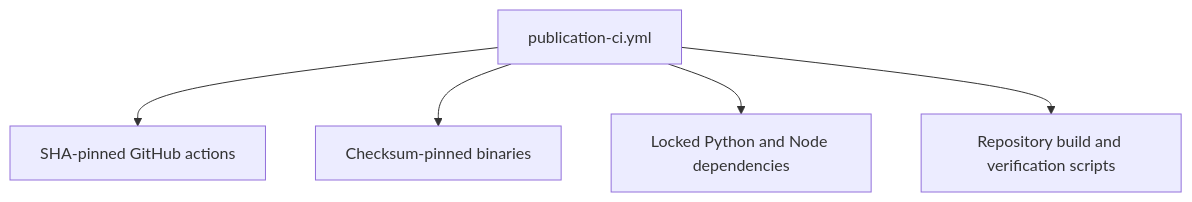
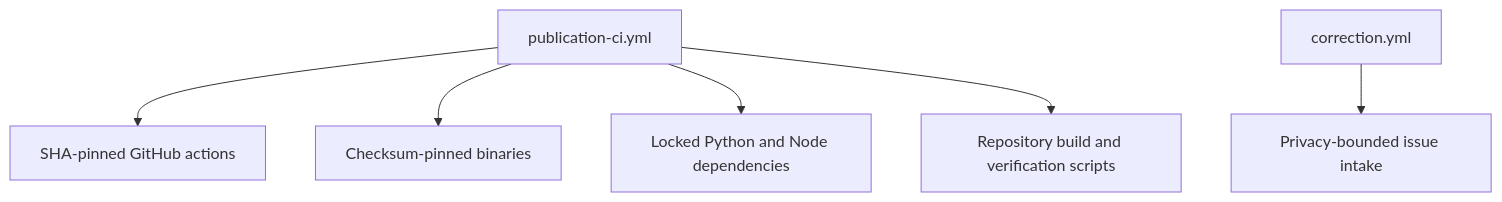
The second of 5 diagrams in .github/AGENTS.md (streamentry/streamentry), drawn with Mermaid before and after one commit. The commit also changed other lines of this file and 24 other files, not shown here.

````diff
--- a/.github/AGENTS.md
+++ b/.github/AGENTS.md
@@ -29,7 +32,8 @@
 ```mermaid
 flowchart TB
   W["publication-ci.yml"] --> A["SHA-pinned GitHub actions"]
   W --> D["Checksum-pinned binaries"]
   W --> L["Locked Python and Node dependencies"]
   W --> R["Repository build and verification scripts"]
+  F["correction.yml"] --> I["Privacy-bounded issue intake"]
 ```
````
